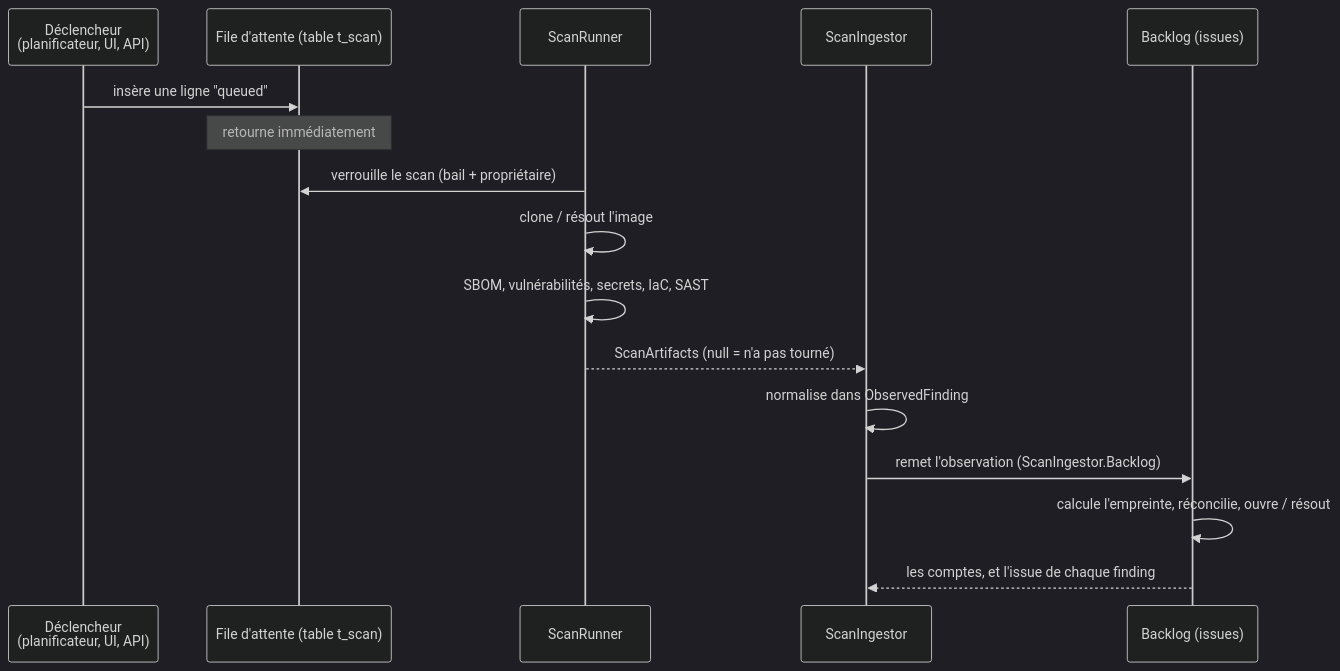
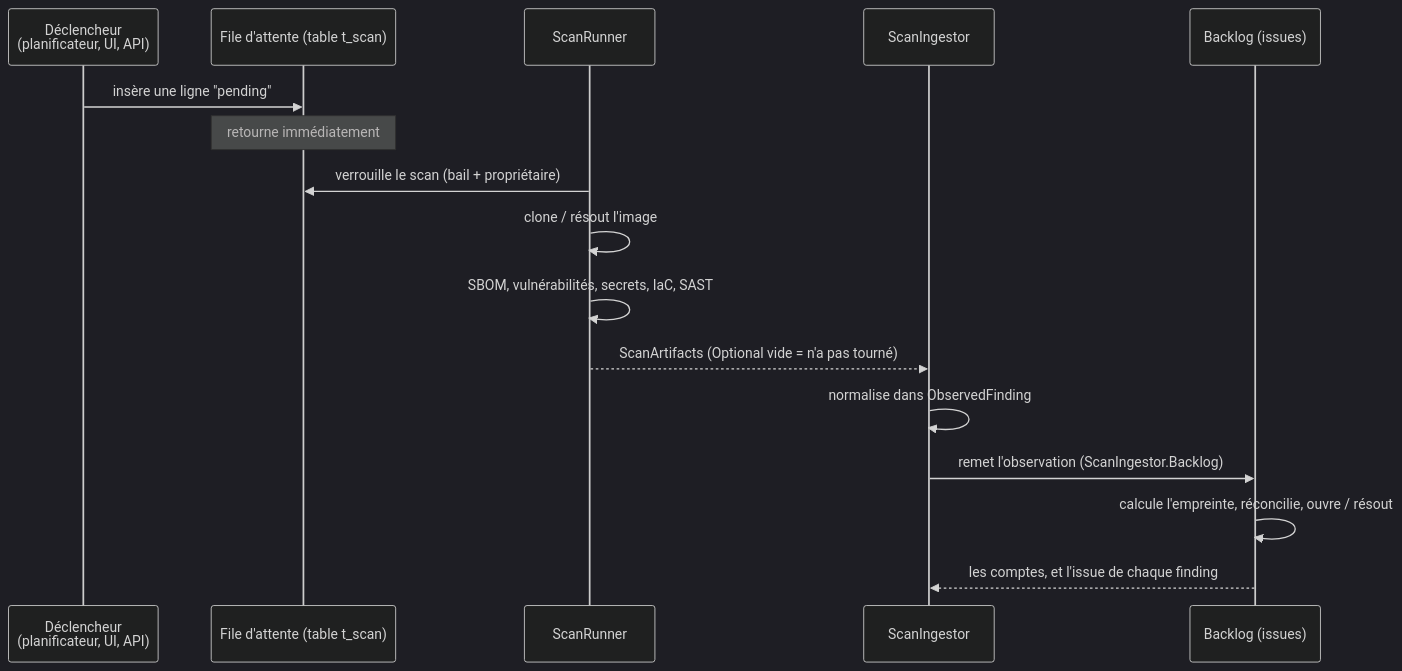
Before and after one commit to asmolabs/vectispire: the second of 2 diagrams in docs/architecture/fr/01-overview.md, drawn with Mermaid (dark theme). The commit also changed 43 other files, not shown here.

````diff
--- a/docs/architecture/fr/01-overview.md
+++ b/docs/architecture/fr/01-overview.md
@@ -118,19 +118,19 @@
 ```mermaid
 sequenceDiagram
     participant D as Déclencheur<br/>(planificateur, UI, API)
     participant Q as File d'attente (table t_scan)
     participant R as ScanRunner
     participant I as ScanIngestor
     participant S as Backlog (issues)
 
-    D->>Q: insère une ligne "queued"
+    D->>Q: insère une ligne "pending"
     Note over Q: retourne immédiatement
     R->>Q: verrouille le scan (bail + propriétaire)
     R->>R: clone / résout l'image
     R->>R: SBOM, vulnérabilités, secrets, IaC, SAST
-    R-->>I: ScanArtifacts (null = n'a pas tourné)
+    R-->>I: ScanArtifacts (Optional vide = n'a pas tourné)
     I->>I: normalise dans ObservedFinding
     I->>S: remet l'observation (ScanIngestor.Backlog)
     S->>S: calcule l'empreinte, réconcilie, ouvre / résout
     S-->>I: les comptes, et l'issue de chaque finding
 ```
````
